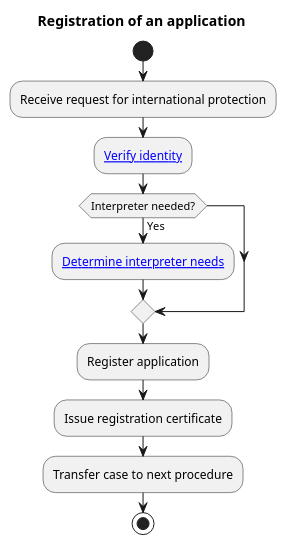
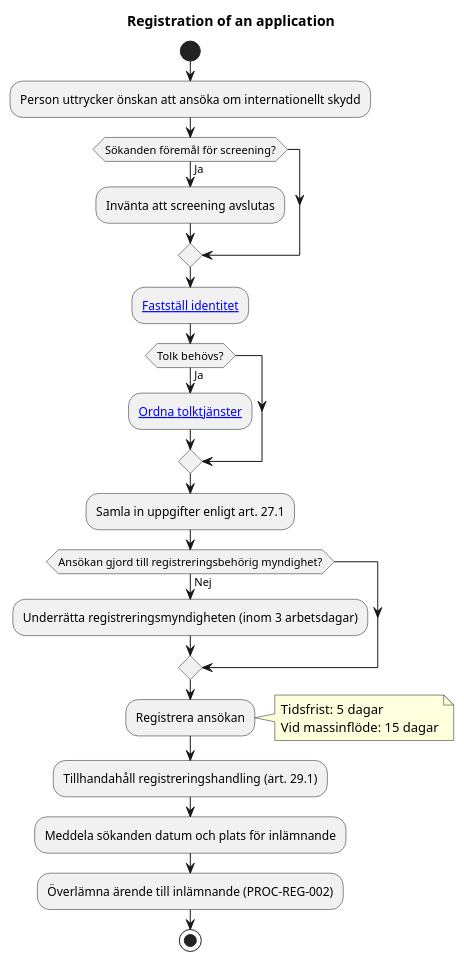
One commit to chrhe894/migration_pact changed the diagram in domains/registration/diagrams/registration-of-an-application.pu. Above: the diagram before and after it, drawn with PlantUML. The commit also changed other lines of this file and 58 other files, not shown here.

```diff
--- a/domains/registration/diagrams/registration-of-an-application.pu
+++ b/domains/registration/diagrams/registration-of-an-application.pu
@@ -1,25 +18,46 @@
 @startuml
 
 title Registration of an application
 
 start
 
-:Receive request for international protection;
+:Person uttrycker önskan att ansöka om internationellt skydd;
 
-:[[../../../shared/identity/activities/verify-identity.md Verify identity]];
+if (Sökanden föremål för screening?) then (Ja)
 
-if (Interpreter needed?) then (Yes)
-
-    :[[../../../shared/interpreters/README.md Determine interpreter needs]];
+    :Invänta att screening avslutas;
 
 endif
 
-:Register application;
+:[[../../../shared/identity/activities/verify-identity.md Fastställ identitet]];
 
-:Issue registration certificate;
+if (Tolk behövs?) then (Ja)
 
-:Transfer case to next procedure;
+    :[[../../../shared/interpreters/README.md Ordna tolktjänster]];
+
+endif
+
+:Samla in uppgifter enligt art. 27.1;
+
+if (Ansökan gjord till registreringsbehörig myndighet?) then (Nej)
+
+    :Underrätta registreringsmyndigheten (inom 3 arbetsdagar);
+
+endif
+
+:Registrera ansökan;
+
+note right
+  Tidsfrist: 5 dagar
+  Vid massinflöde: 15 dagar
+end note
+
+:Tillhandahåll registreringshandling (art. 29.1);
+
+:Meddela sökanden datum och plats för inlämnande;
+
+:Överlämna ärende till inlämnande (PROC-REG-002);
 
 stop
 
 @enduml
```
